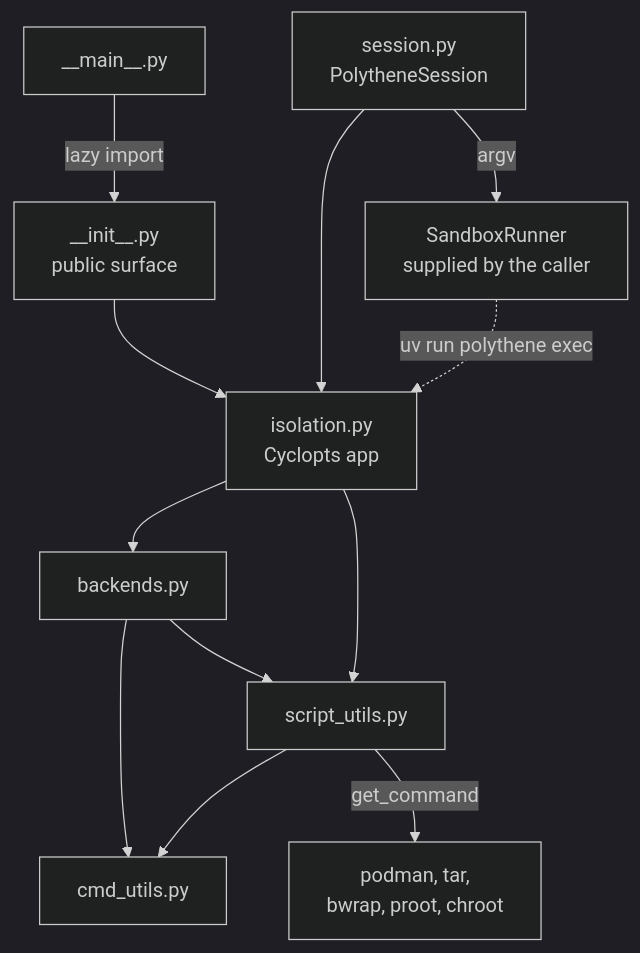
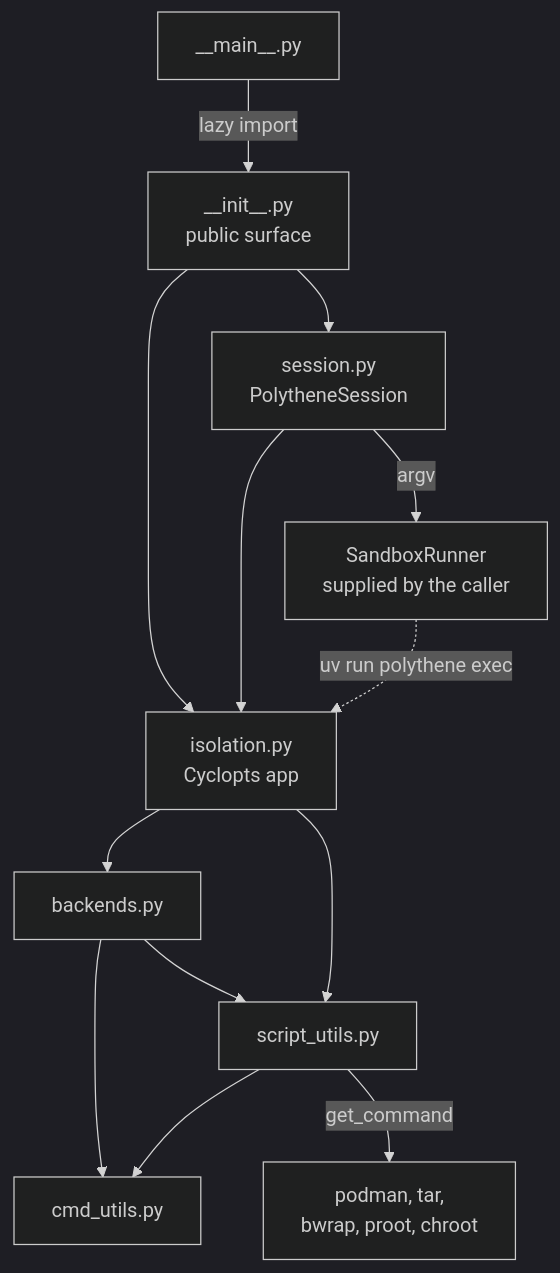
One commit to leynos/polythene changed the diagram in docs/developers-guide.md. Above: the diagram before and after it, drawn with Mermaid (dark theme). The commit also changed other lines of this file, not shown here.

````diff
--- a/docs/developers-guide.md
+++ b/docs/developers-guide.md
@@ -58,14 +58,15 @@
 ```mermaid
 flowchart TD
     main["__main__.py"] -->|"lazy import"| init["__init__.py<br/>public surface"]
     init --> cli["isolation.py<br/>Cyclopts app"]
     cli --> backends["backends.py"]
     cli --> script["script_utils.py"]
     backends --> cmd["cmd_utils.py"]
     backends --> script
     script --> cmd
     script -->|"get_command"| tools["podman, tar,<br/>bwrap, proot, chroot"]
-    session["session.py<br/>PolytheneSession"] --> cli
+    init --> session["session.py<br/>PolytheneSession"]
+    session --> cli
     session -->|"argv"| runner["SandboxRunner<br/>supplied by the caller"]
     runner -.->|"uv run polythene exec"| cli
 ```
````
